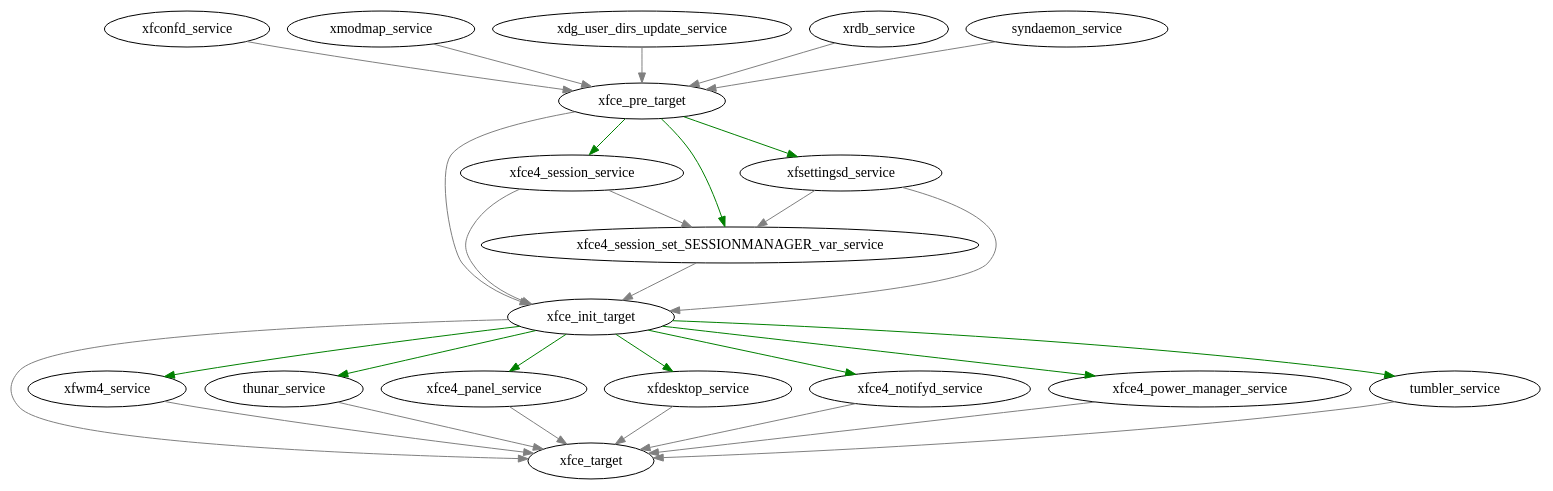
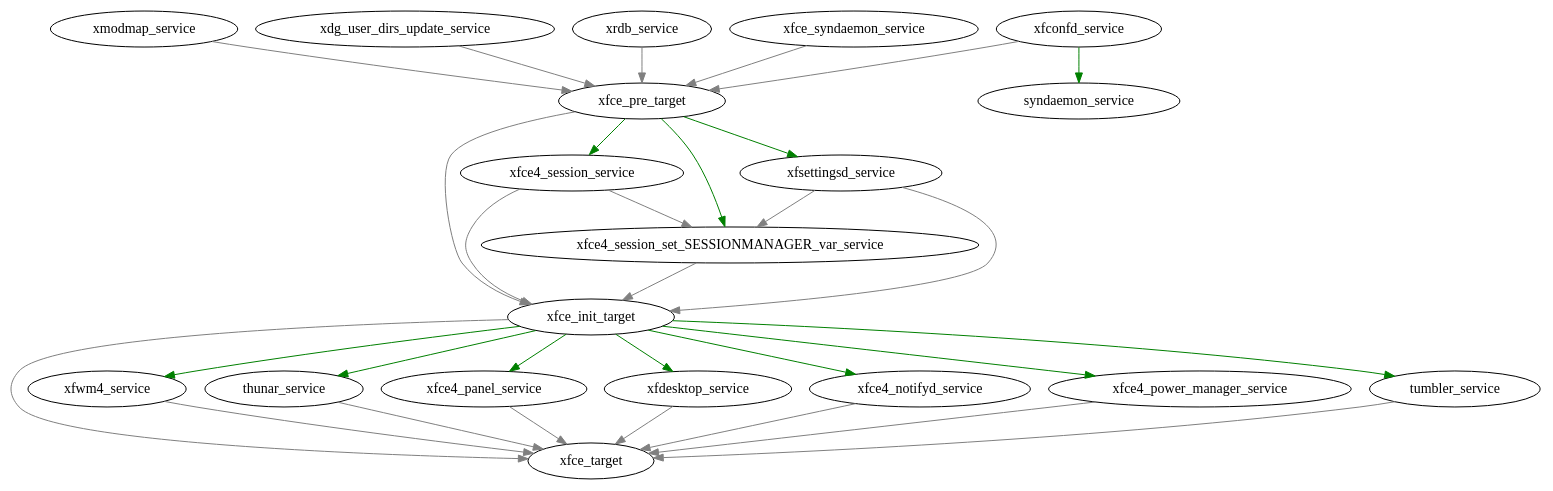
The diagram in doc/dependencies.dot (killermoehre/xfce-systemd-units), drawn with Graphviz before and after one commit. The commit also changed 3 other files, not shown here.

```diff
--- a/doc/dependencies.dot
+++ b/doc/dependencies.dot
@@ -1,46 +1,47 @@
 digraph xfce_systemd {
     ### WantedBy ###
     edge [color="grey"]
     # targets itself
     xfce_pre_target -> xfce_init_target;
     xfce_init_target -> xfce_target;
 
     # stuff for xfce-pre.target
     xfconfd_service -> xfce_pre_target;
     xmodmap_service -> xfce_pre_target;
     xdg_user_dirs_update_service -> xfce_pre_target;
     xrdb_service -> xfce_pre_target;
-    syndaemon_service -> xfce_pre_target;
+    xfce_syndaemon_service -> xfce_pre_target;
 
     # stuff for xfce-init.target
     xfce4_session_service -> xfce_init_target;
     xfce4_session_set_SESSIONMANAGER_var_service -> xfce_init_target;
     xfce4_session_service -> xfce4_session_set_SESSIONMANAGER_var_service;
     xfsettingsd_service -> xfce_init_target;
     xfsettingsd_service -> xfce4_session_set_SESSIONMANAGER_var_service;
 
     # stuff for xfce.target
     xfwm4_service -> xfce_target;
     thunar_service -> xfce_target;
     xfce4_panel_service -> xfce_target;
     xfdesktop_service -> xfce_target;
     xfce4_notifyd_service -> xfce_target;
     xfce4_power_manager_service -> xfce_target;
     tumbler_service -> xfce_target;
 
     ### Before ###
 
 
     ### After ###
     edge [color="green"]
     xfce_pre_target -> xfce4_session_service;
     xfce_pre_target -> xfce4_session_set_SESSIONMANAGER_var_service;
     xfce_pre_target -> xfsettingsd_service;
     xfce_init_target -> xfwm4_service;
     xfce_init_target -> thunar_service;
     xfce_init_target -> xfce4_panel_service;
     xfce_init_target -> xfdesktop_service;
     xfce_init_target -> xfce4_notifyd_service;
     xfce_init_target -> xfce4_power_manager_service;
     xfce_init_target -> tumbler_service;
+    xfconfd_service -> syndaemon_service;
 }
```
